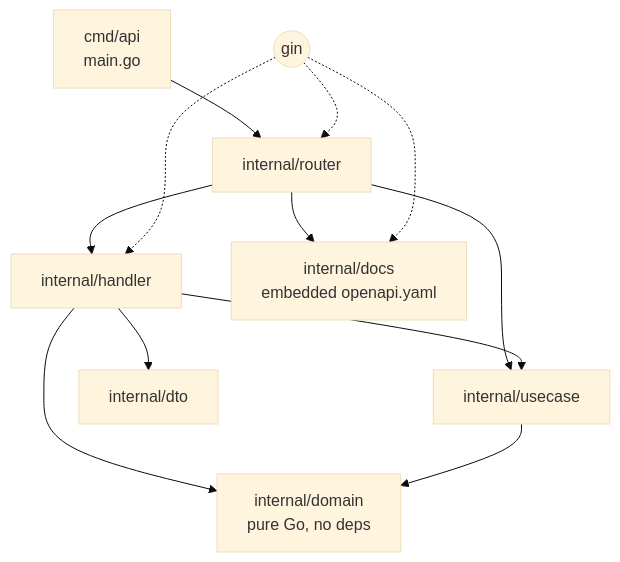
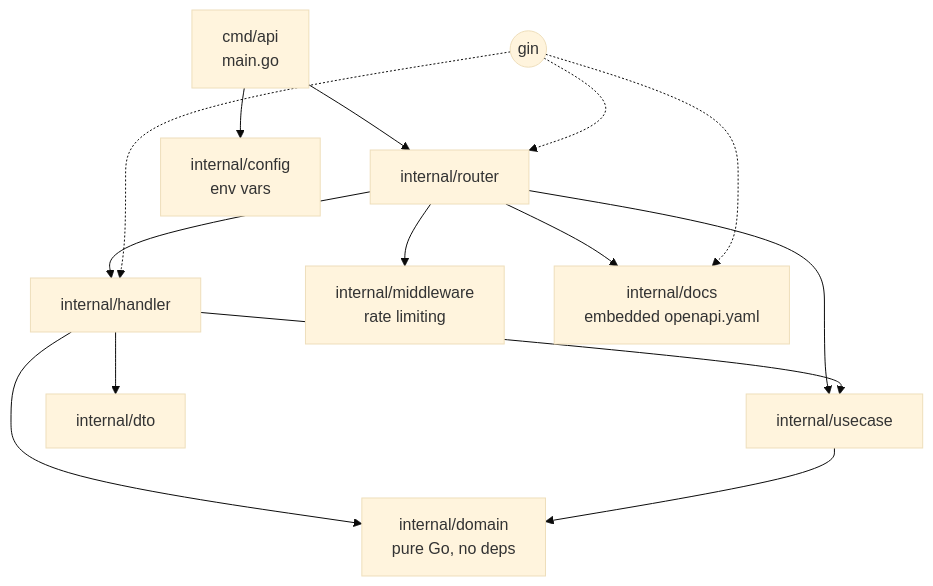
The sixth of 10 diagrams in docs/ARCHITECTURE.md (lucasgm1997/fullstack-calculator), drawn with Mermaid (base theme) before and after one commit. The commit also changed other lines of this file and 3 other files, not shown here.

Commit message:
docs: document rate limiting, its configuration and limits

````diff
--- a/docs/ARCHITECTURE.md
+++ b/docs/ARCHITECTURE.md
@@ -195,15 +197,17 @@
 ```mermaid
 flowchart TD
     main[cmd/api<br/>main.go] --> router
+    main --> config[internal/config<br/>env vars]
     router[internal/router] --> handler
+    router --> mwpkg[internal/middleware<br/>rate limiting]
     router --> docs[internal/docs<br/>embedded openapi.yaml]
     router --> usecase
     handler[internal/handler] --> usecase
     handler --> dto[internal/dto]
     handler --> domain
     usecase[internal/usecase] --> domain[internal/domain<br/>pure Go, no deps]
 
     gin((gin)) -.-> router
     gin -.-> handler
     gin -.-> docs
 ```
````
